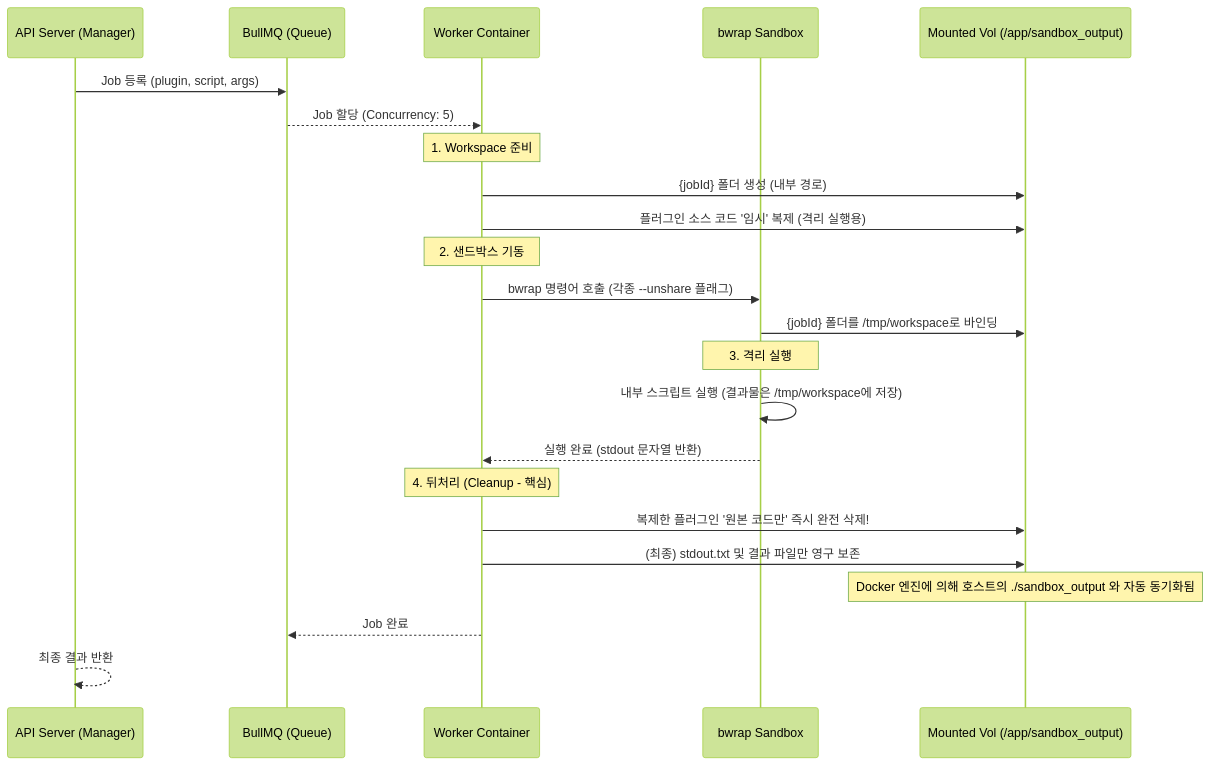
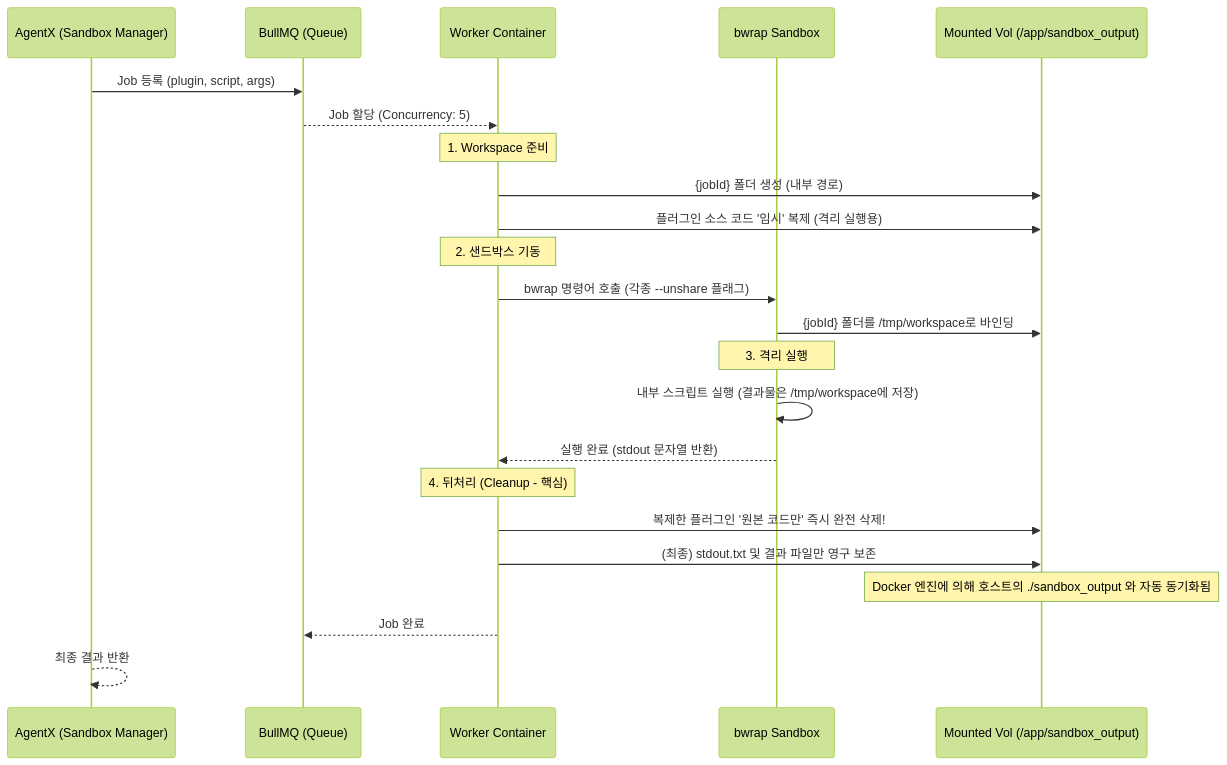
One commit to jekim1116/sandbox_upgrade changed the third of 3 diagrams in SANDBOX_ARCHITECTURE.md. Above: the diagram before and after it, drawn with Mermaid (forest theme). The commit also changed other lines of this file, not shown here.

````diff
--- a/SANDBOX_ARCHITECTURE.md
+++ b/SANDBOX_ARCHITECTURE.md
@@ -86,32 +85,32 @@
 ```mermaid
 sequenceDiagram
-    participant API as API Server (Manager)
+    participant API as AgentX (Sandbox Manager)
     participant Redis as BullMQ (Queue)
     participant Worker as Worker Container
     participant Bwrap as bwrap Sandbox
     participant Vol as Mounted Vol (/app/sandbox_output)
 
     API->>Redis: Job 등록 (plugin, script, args)
     Redis-->>Worker: Job 할당 (Concurrency: 5)
     
     Note over Worker: 1. Workspace 준비
     Worker->>Vol: {jobId} 폴더 생성 (내부 경로)
     Worker->>Vol: 플러그인 소스 코드 '임시' 복제 (격리 실행용)
     
     Note over Worker: 2. 샌드박스 기동
     Worker->>Bwrap: bwrap 명령어 호출 (각종 --unshare 플래그)
     Bwrap->>Vol: {jobId} 폴더를 /tmp/workspace로 바인딩
     
     Note over Bwrap: 3. 격리 실행
     Bwrap->>Bwrap: 내부 스크립트 실행 (결과물은 /tmp/workspace에 저장)
     Bwrap-->>Worker: 실행 완료 (stdout 문자열 반환)
     
     Note over Worker: 4. 뒤처리 (Cleanup - 핵심)
     Worker->>Vol: 복제한 플러그인 '원본 코드만' 즉시 완전 삭제!
     Worker->>Vol: (최종) stdout.txt 및 결과 파일만 영구 보존
     
     Note over Vol: Docker 엔진에 의해 호스트의 ./sandbox_output 와 자동 동기화됨
     
     Worker-->>Redis: Job 완료
     API-->>API: 최종 결과 반환
 ```
````
